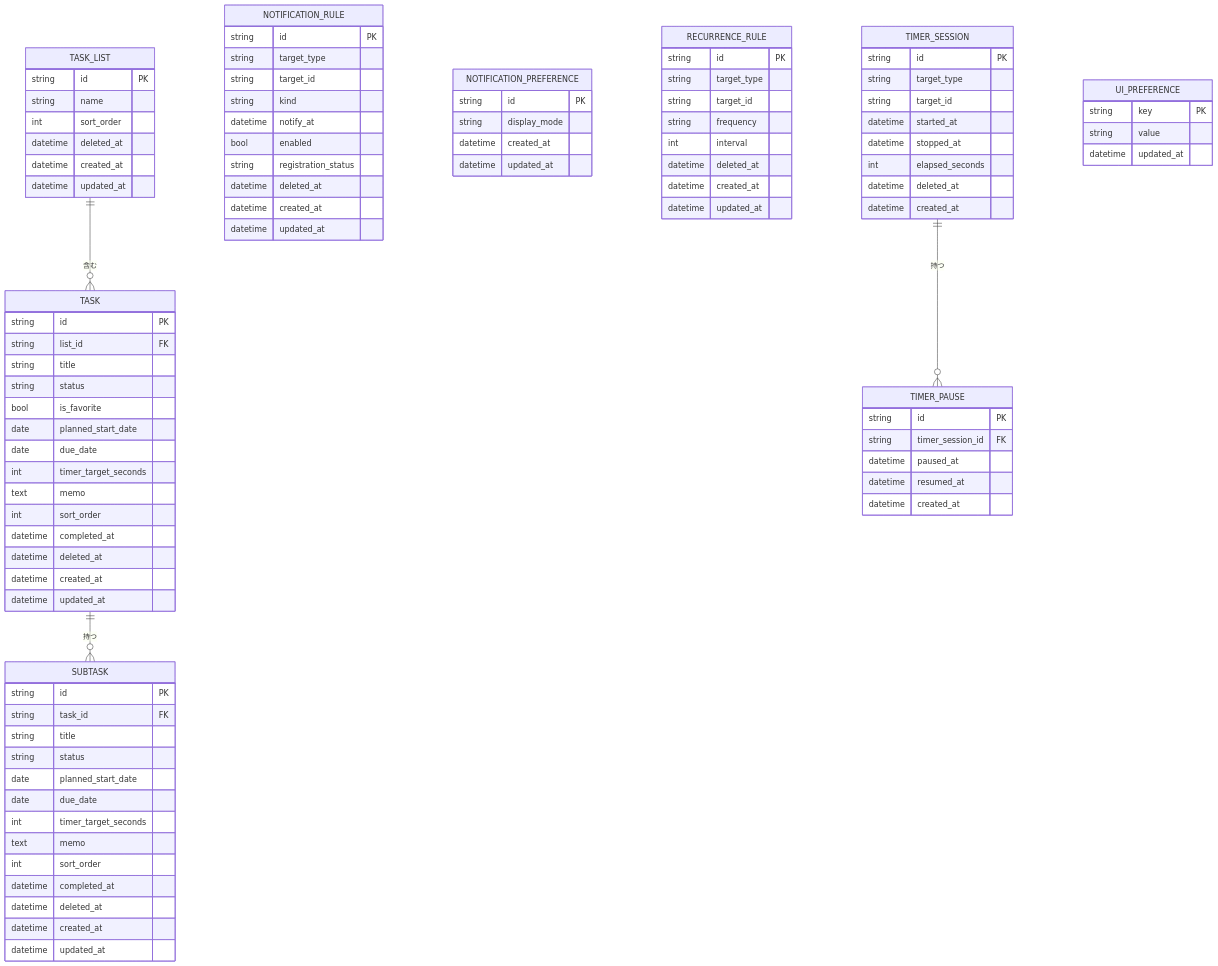
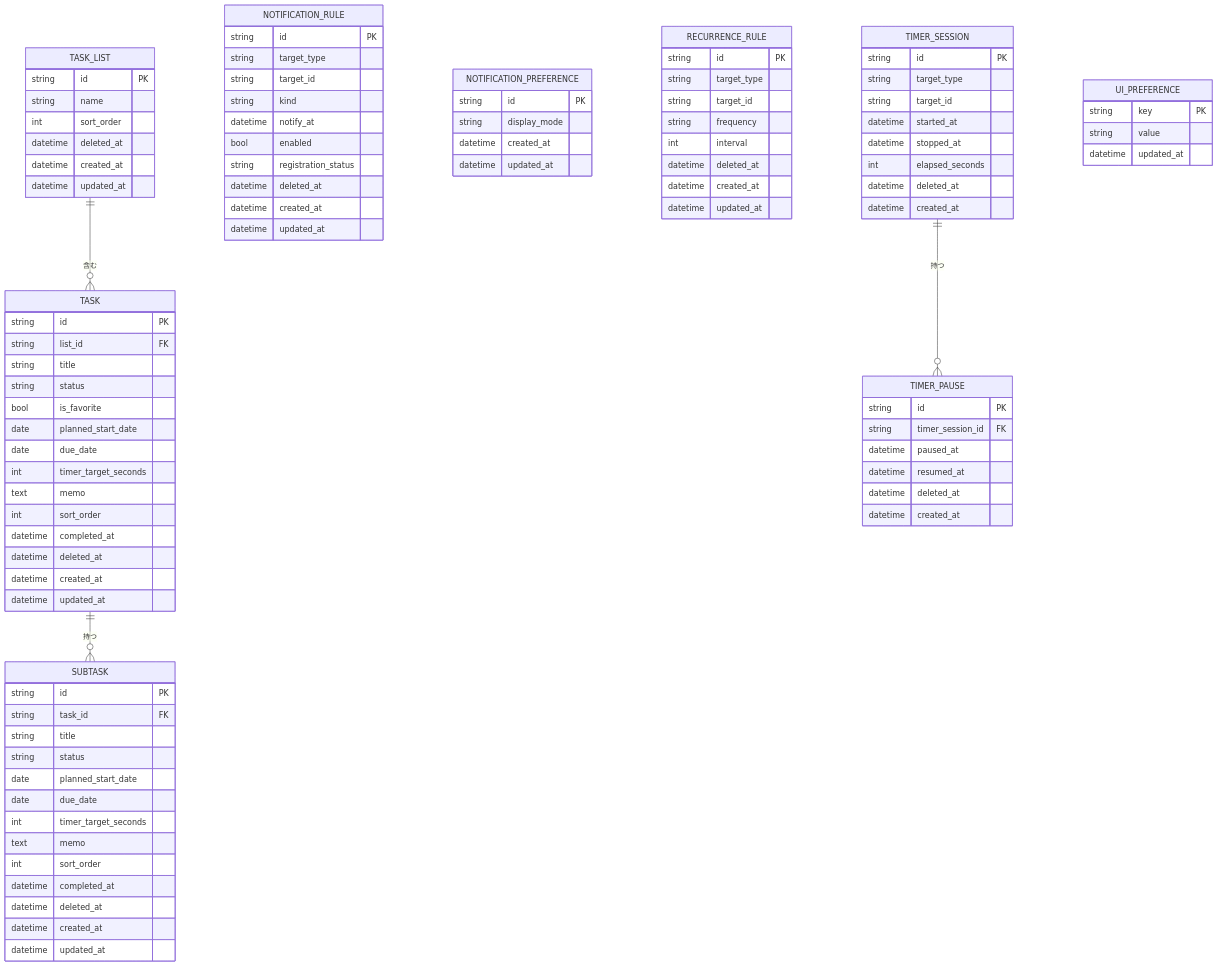
One commit to yt-hsgw/TaskTimer changed the first of 2 diagrams in docs/domain-model.md. Above: the diagram before and after it, drawn with Mermaid. The commit also changed other lines of this file and 20 other files, not shown here.

```diff
--- a/docs/domain-model.md
+++ b/docs/domain-model.md
@@ -53,6 +53,7 @@
     string timer_session_id FK
     datetime paused_at
     datetime resumed_at
+    datetime deleted_at
     datetime created_at
   }
 
```
